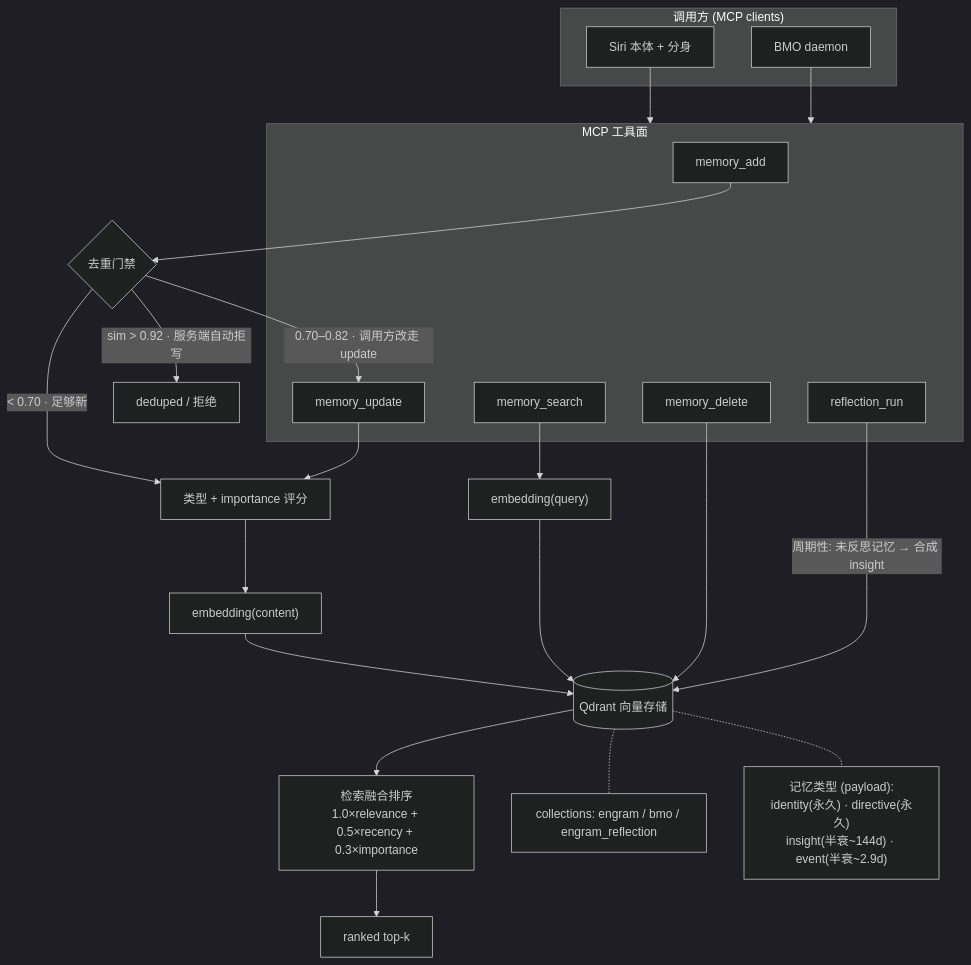
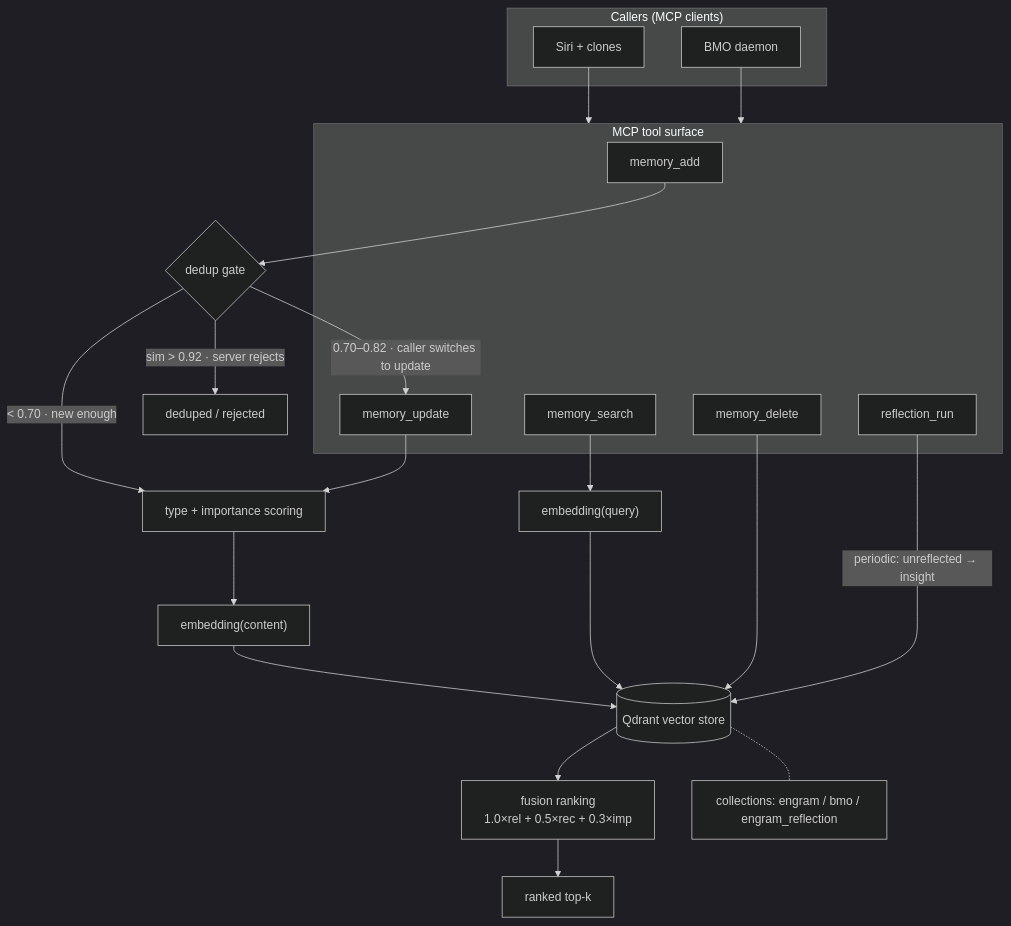
The diagram in README.md (FBISiri/engram), drawn with Mermaid (dark theme) before and after one commit. The commit also changed other lines of this file and 4 other files, not shown here.

````diff
--- a/README.md
+++ b/README.md
@@ -218,42 +245,30 @@
 ```mermaid
 flowchart TD
-    subgraph Clients["调用方 (MCP clients)"]
-        Siri["Siri 本体 + 分身"]
+    subgraph Clients["Callers (MCP clients)"]
+        Siri["Siri + clones"]
         BMO["BMO daemon"]
     end
-
-    subgraph MCP["MCP 工具面"]
+    subgraph MCP["MCP tool surface"]
         ADD["memory_add"]
         SEARCH["memory_search"]
         UPDATE["memory_update"]
         DELETE["memory_delete"]
         REFLECT["reflection_run"]
     end
-
     Siri --> MCP
     BMO --> MCP
-
-    %% ---- 写路径 ----
-    ADD --> GATE{"去重门禁"}
-    GATE -->|"sim > 0.92 · 服务端自动拒写"| DEDUP["deduped / 拒绝"]
-    GATE -->|"0.70–0.82 · 调用方改走 update"| UPDATE
-    GATE -->|"< 0.70 · 足够新"| SCORE["类型 + importance 评分"]
+    ADD --> GATE{"dedup gate"}
+    GATE -->|"sim > 0.92 · server rejects"| DEDUP["deduped / rejected"]
+    GATE -->|"0.70–0.82 · caller switches to update"| UPDATE
+    GATE -->|"< 0.70 · new enough"| SCORE["type + importance scoring"]
     UPDATE --> SCORE
     SCORE --> EMBEDW["embedding(content)"]
-    EMBEDW --> QDRANT[("Qdrant 向量存储")]
-
-    %% ---- 读路径 ----
+    EMBEDW --> QDRANT[("Qdrant vector store")]
     SEARCH --> EMBEDQ["embedding(query)"]
     EMBEDQ --> QDRANT
-    QDRANT --> FUSION["检索融合排序<br/>1.0×relevance + 0.5×recency + 0.3×importance"]
+    QDRANT --> FUSION["fusion ranking<br/>1.0×rel + 0.5×rec + 0.3×imp"]
     FUSION --> RANKED["ranked top-k"]
-
     DELETE --> QDRANT
-
-    %% ---- reflection ----
-    REFLECT -->|"周期性: 未反思记忆 → 合成 insight"| QDRANT
-
-    %% ---- 存储内部 ----
+    REFLECT -->|"periodic: unreflected → insight"| QDRANT
     QDRANT -.- COLS["collections: engram / bmo / engram_reflection"]
-    QDRANT -.- TYPES["记忆类型 (payload):<br/>identity(永久) · directive(永久)<br/>insight(半衰~144d) · event(半衰~2.9d)"]
 ```
````
